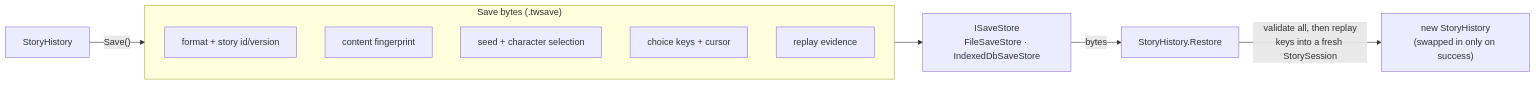
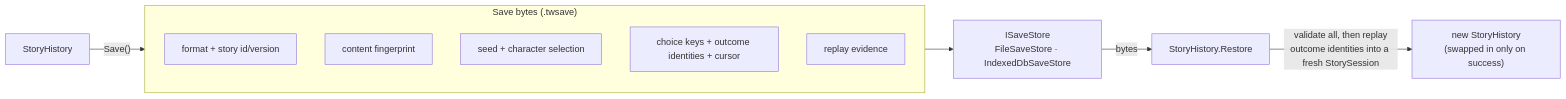
The sixth of 6 diagrams in docs/developer/architecture.md (squid-farm/talewright), drawn with Mermaid before and after one commit. The commit also changed other lines of this file and 28 other files, not shown here.

First line of the commit message:
saves: add stable outcome replay identities (#538)

````diff
--- a/docs/developer/architecture.md
+++ b/docs/developer/architecture.md
@@ -576,14 +573,14 @@
 ```mermaid
 flowchart LR
   subgraph save["Save bytes (.twsave)"]
     direction TB
     f1["format + story id/version"]
     f2["content fingerprint"]
     f3["seed + character selection"]
-    f4["choice keys + cursor"]
+    f4["choice keys + outcome identities + cursor"]
     f5["replay evidence"]
   end
   hist["StoryHistory"] -- "Save()" --> save --> store["ISaveStore<br/>FileSaveStore · IndexedDbSaveStore"]
   store -- "bytes" --> restore["StoryHistory.Restore"]
-  restore -- "validate all, then replay<br/>keys into a fresh StorySession" --> hist2["new StoryHistory<br/>(swapped in only on success)"]
+  restore -- "validate all, then replay<br/>outcome identities into a fresh StorySession" --> hist2["new StoryHistory<br/>(swapped in only on success)"]
 ```
````
